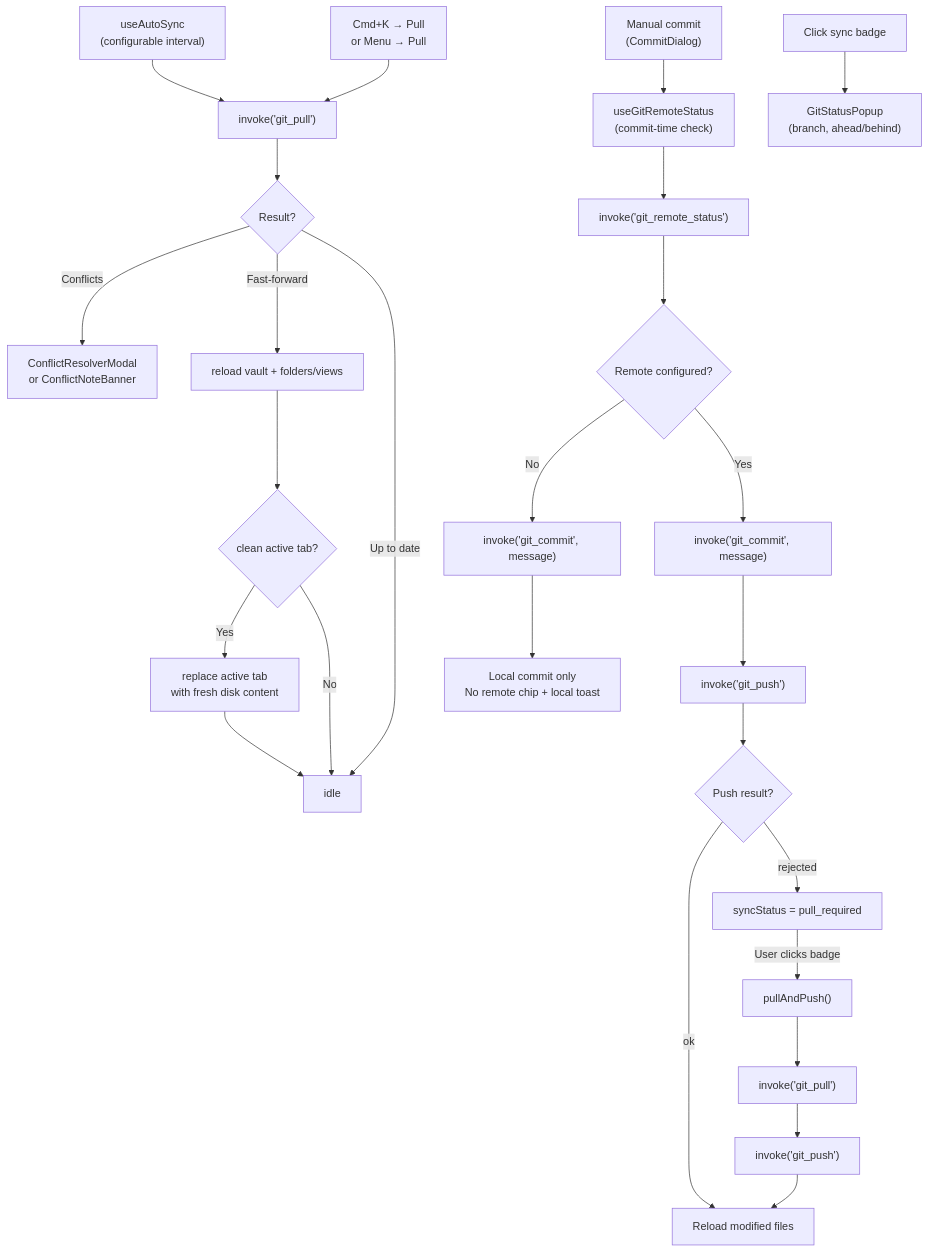
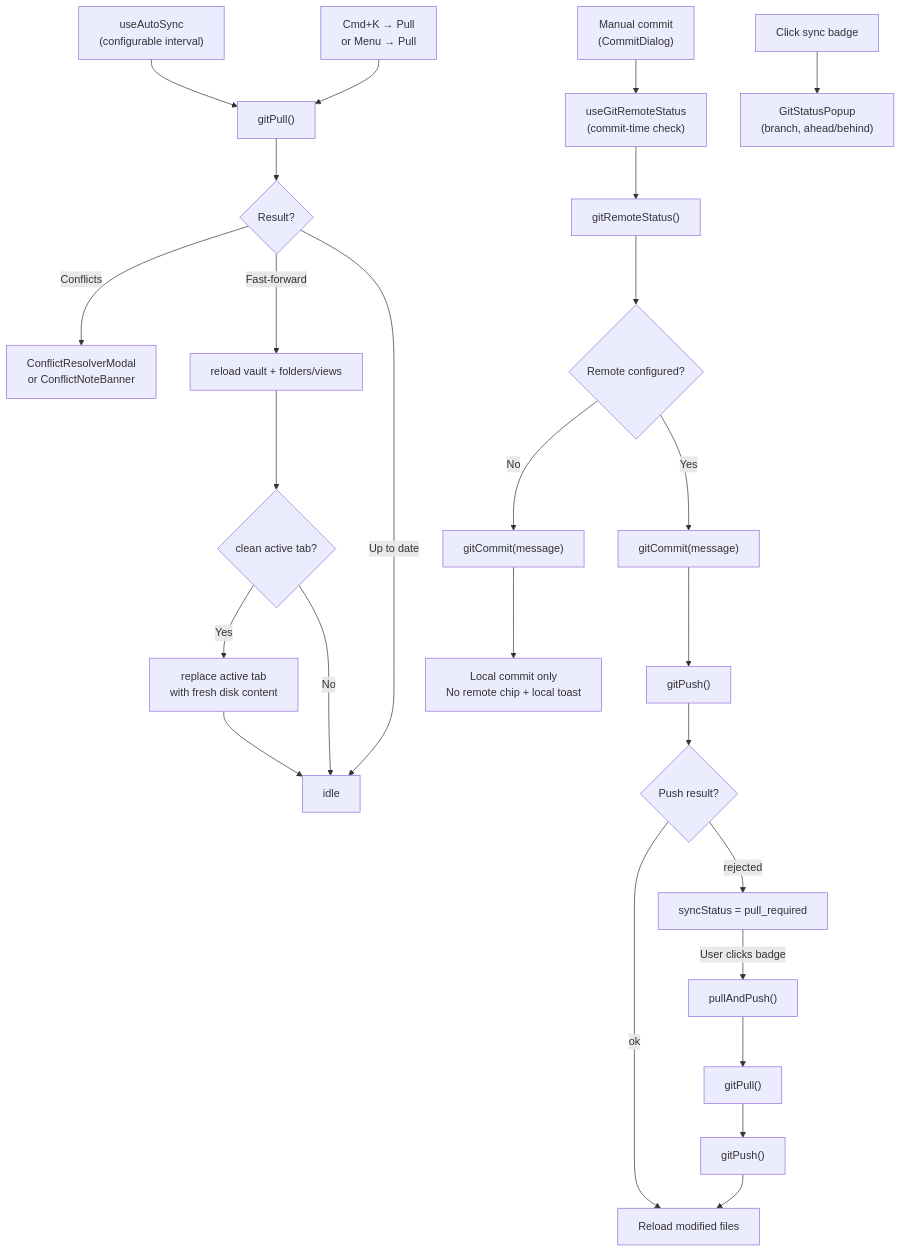
One commit to kohz87/Artemis changed the sixth of 7 diagrams in docs/ARCHITECTURE.md. Above: the diagram before and after it, drawn with Mermaid. The commit also changed other lines of this file and 362 other files, not shown here.

````diff
--- a/docs/ARCHITECTURE.md
+++ b/docs/ARCHITECTURE.md
@@ -416,30 +388,30 @@
 ```mermaid
 flowchart TD
-    AS["useAutoSync\n(configurable interval)"] --> PULL["invoke('git_pull')"]
+    AS["useAutoSync\n(configurable interval)"] --> PULL["gitPull()"]
     PULL --> PC{Result?}
     PC -->|Conflicts| CM["ConflictResolverModal\nor ConflictNoteBanner"]
     PC -->|Fast-forward| RV["reload vault + folders/views"]
     RV --> TAB{"clean active tab?"}
     TAB -->|Yes| RT["replace active tab\nwith fresh disk content"]
     TAB -->|No| DONE["idle"]
     RT --> DONE
     PC -->|Up to date| DONE["idle"]
 
     MAN["Manual commit\n(CommitDialog)"] --> RS["useGitRemoteStatus\n(commit-time check)"]
-    RS --> RCHK["invoke('git_remote_status')"]
+    RS --> RCHK["gitRemoteStatus()"]
     RCHK --> RMODE{Remote configured?}
-    RMODE -->|No| GC["invoke('git_commit', message)"]
+    RMODE -->|No| GC["gitCommit(message)"]
     GC --> LOCAL["Local commit only\nNo remote chip + local toast"]
-    RMODE -->|Yes| GC2["invoke('git_commit', message)"]
-    GC2 --> GP["invoke('git_push')"]
+    RMODE -->|Yes| GC2["gitCommit(message)"]
+    GC2 --> GP["gitPush()"]
     GP --> PR{Push result?}
     PR -->|ok| RM["Reload modified files"]
     PR -->|rejected| DIV["syncStatus = pull_required"]
     DIV -->|User clicks badge| PAP["pullAndPush()"]
-    PAP --> PULL2["invoke('git_pull')"]
-    PULL2 --> GP2["invoke('git_push')"]
+    PAP --> PULL2["gitPull()"]
+    PULL2 --> GP2["gitPush()"]
     GP2 --> RM
 
     CMD["Cmd+K → Pull\nor Menu → Pull"] --> PULL
     STATUS["Click sync badge"] --> POPUP["GitStatusPopup\n(branch, ahead/behind)"]
 ```
````
